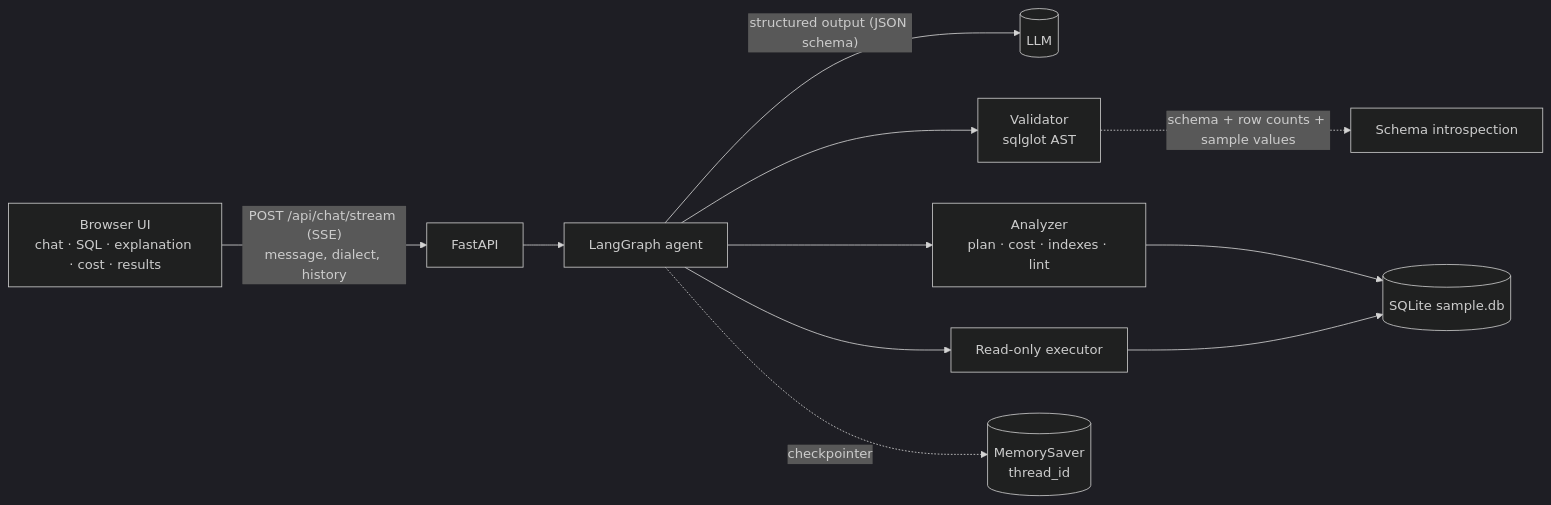
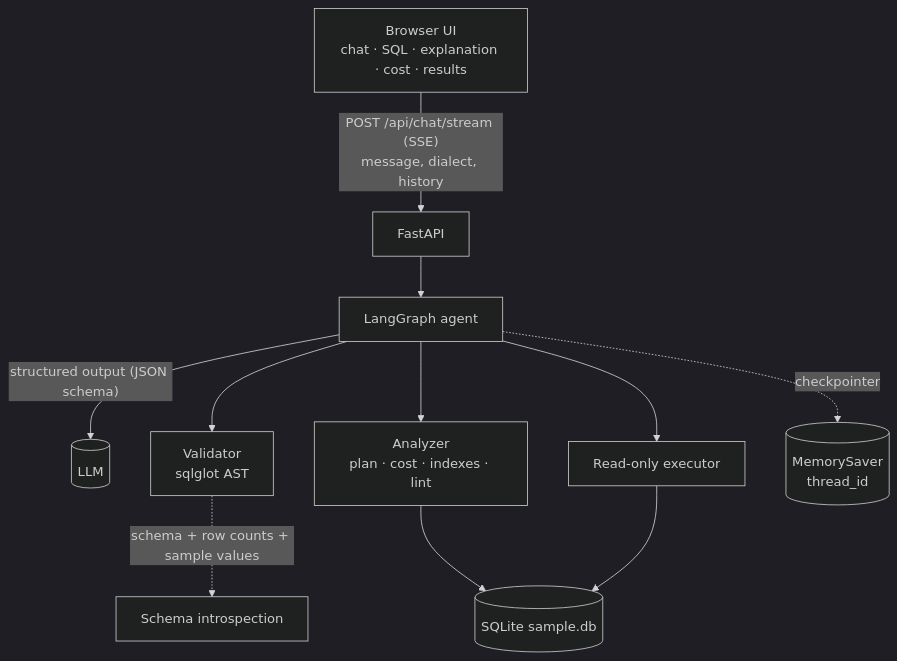
One commit to AmFlash/sql-agent changed the first of 3 diagrams in README.md. Above: the diagram before and after it, drawn with Mermaid (dark theme).

````diff
--- a/README.md
+++ b/README.md
@@ -35,13 +35,13 @@
 ```mermaid
-flowchart LR
+flowchart TD
   U["Browser UI<br/>chat · SQL · explanation · cost · results"] -- "POST /api/chat/stream (SSE)<br/>message, dialect, history" --> API[FastAPI]
   API --> G[LangGraph agent]
   G -- "structured output (JSON schema)" --> LLM[(LLM)]
   G --> V["Validator<br/>sqlglot AST"]
   G --> A["Analyzer<br/>plan · cost · indexes · lint"]
   G --> X["Read-only executor"]
   A --> DB[(SQLite sample.db)]
   X --> DB
   V -. "schema + row counts + sample values" .-> S[Schema introspection]
   G -. checkpointer .-> M[(MemorySaver<br/>thread_id)]
 ```
````
